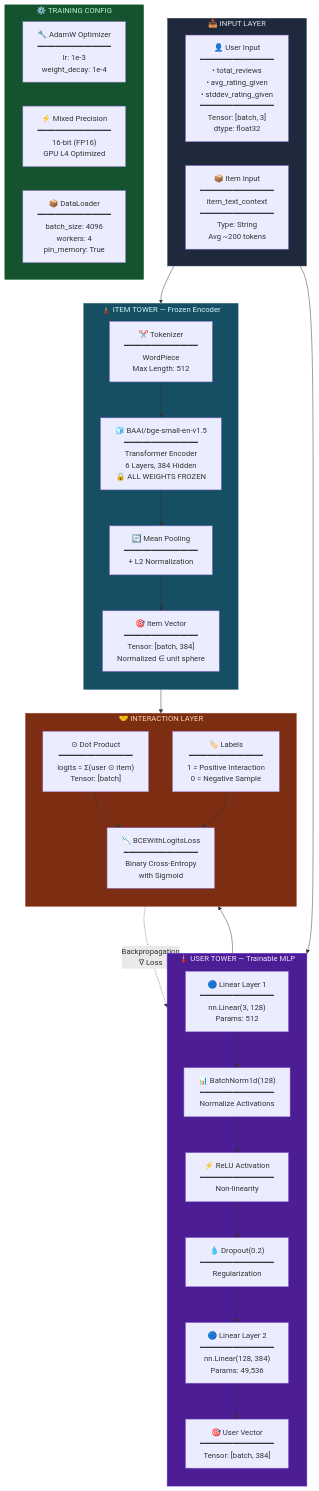
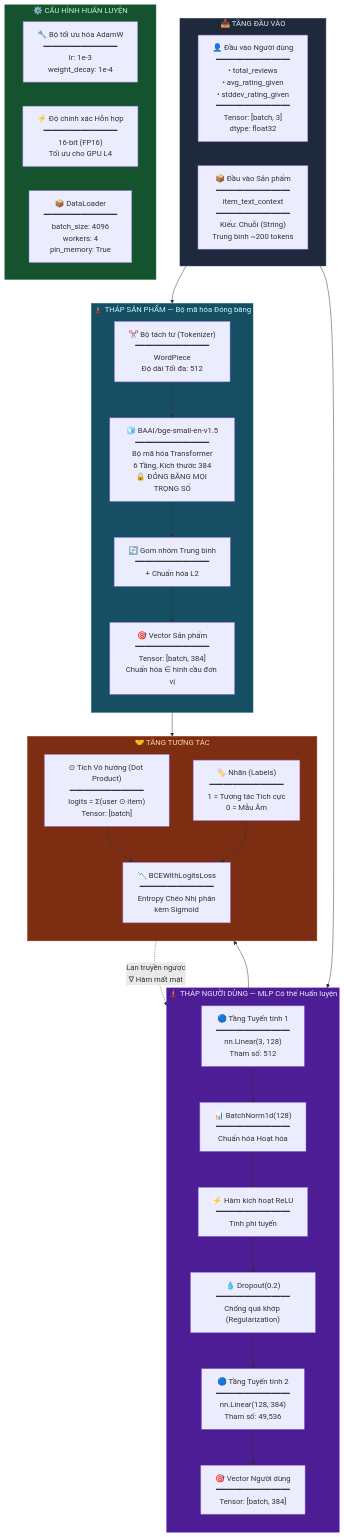
Before and after one commit to DIOquang/mining_massive: the third of 5 diagrams in README.md, drawn with Mermaid. The commit also changed other lines of this file, not shown here.

````diff
--- a/README.md
+++ b/README.md
@@ -229,57 +229,57 @@
 ```mermaid
 graph TB
-    subgraph INPUT_LAYER["📥 INPUT LAYER"]
+    subgraph INPUT_LAYER["📥 TẦNG ĐẦU VÀO"]
         direction LR
-        UI["👤 User Input<br/>━━━━━━━━━━━━━━━━<br/>• total_reviews<br/>• avg_rating_given<br/>• stddev_rating_given<br/>━━━━━━━━━━━━━━━━<br/>Tensor: [batch, 3]<br/>dtype: float32"]
-        II["📦 Item Input<br/>━━━━━━━━━━━━━━━━<br/>item_text_context<br/>━━━━━━━━━━━━━━━━<br/>Type: String<br/>Avg ~200 tokens"]
+        UI["👤 Đầu vào Người dùng<br/>━━━━━━━━━━━━━━━━<br/>• total_reviews<br/>• avg_rating_given<br/>• stddev_rating_given<br/>━━━━━━━━━━━━━━━━<br/>Tensor: [batch, 3]<br/>dtype: float32"]
+        II["📦 Đầu vào Sản phẩm<br/>━━━━━━━━━━━━━━━━<br/>item_text_context<br/>━━━━━━━━━━━━━━━━<br/>Kiểu: Chuỗi (String)<br/>Trung bình ~200 tokens"]
     end
 
-    subgraph USER_TOWER_DETAIL["🗼 USER TOWER — Trainable MLP"]
+    subgraph USER_TOWER_DETAIL["🗼 THÁP NGƯỜI DÙNG — MLP Có thể Huấn luyện"]
         direction TB
-        U_FC1["🔵 Linear Layer 1<br/>━━━━━━━━━━━━━━━━<br/>nn.Linear(3, 128)<br/>Params: 512"]
-        U_BN1["📊 BatchNorm1d(128)<br/>━━━━━━━━━━━━━━━━<br/>Normalize Activations"]
-        U_ACT1["⚡ ReLU Activation<br/>━━━━━━━━━━━━━━━━<br/>Non-linearity"]
-        U_DROP["💧 Dropout(0.2)<br/>━━━━━━━━━━━━━━━━<br/>Regularization"]
-        U_FC2["🔵 Linear Layer 2<br/>━━━━━━━━━━━━━━━━<br/>nn.Linear(128, 384)<br/>Params: 49,536"]
-        U_OUT["🎯 User Vector<br/>━━━━━━━━━━━━━━━━<br/>Tensor: [batch, 384]"]
+        U_FC1["🔵 Tầng Tuyến tính 1<br/>━━━━━━━━━━━━━━━━<br/>nn.Linear(3, 128)<br/>Tham số: 512"]
+        U_BN1["📊 BatchNorm1d(128)<br/>━━━━━━━━━━━━━━━━<br/>Chuẩn hóa Hoạt hóa"]
+        U_ACT1["⚡ Hàm kích hoạt ReLU<br/>━━━━━━━━━━━━━━━━<br/>Tính phi tuyến"]
+        U_DROP["💧 Dropout(0.2)<br/>━━━━━━━━━━━━━━━━<br/>Chống quá khớp (Regularization)"]
+        U_FC2["🔵 Tầng Tuyến tính 2<br/>━━━━━━━━━━━━━━━━<br/>nn.Linear(128, 384)<br/>Tham số: 49,536"]
+        U_OUT["🎯 Vector Người dùng<br/>━━━━━━━━━━━━━━━━<br/>Tensor: [batch, 384]"]
 
         U_FC1 --> U_BN1 --> U_ACT1 --> U_DROP --> U_FC2 --> U_OUT
     end
 
-    subgraph ITEM_TOWER_DETAIL["🗼 ITEM TOWER — Frozen Encoder"]
+    subgraph ITEM_TOWER_DETAIL["🗼 THÁP SẢN PHẨM — Bộ mã hóa Đóng băng"]
         direction TB
-        I_TOK["✂️ Tokenizer<br/>━━━━━━━━━━━━━━━━<br/>WordPiece<br/>Max Length: 512"]
-        I_BERT["🧊 BAAI/bge-small-en-v1.5<br/>━━━━━━━━━━━━━━━━<br/>Transformer Encoder<br/>6 Layers, 384 Hidden<br/>🔒 ALL WEIGHTS FROZEN"]
-        I_POOL["🔄 Mean Pooling<br/>━━━━━━━━━━━━━━━━<br/>+ L2 Normalization"]
-        I_OUT["🎯 Item Vector<br/>━━━━━━━━━━━━━━━━<br/>Tensor: [batch, 384]<br/>Normalized ∈ unit sphere"]
+        I_TOK["✂️ Bộ tách từ (Tokenizer)<br/>━━━━━━━━━━━━━━━━<br/>WordPiece<br/>Độ dài Tối đa: 512"]
+        I_BERT["🧊 BAAI/bge-small-en-v1.5<br/>━━━━━━━━━━━━━━━━<br/>Bộ mã hóa Transformer<br/>6 Tầng, Kích thước 384<br/>🔒 ĐÓNG BĂNG MỌI TRỌNG SỐ"]
+        I_POOL["🔄 Gom nhóm Trung bình<br/>━━━━━━━━━━━━━━━━<br/>+ Chuẩn hóa L2"]
+        I_OUT["🎯 Vector Sản phẩm<br/>━━━━━━━━━━━━━━━━<br/>Tensor: [batch, 384]<br/>Chuẩn hóa ∈ hình cầu đơn vị"]
 
         I_TOK --> I_BERT --> I_POOL --> I_OUT
     end
 
-    subgraph INTERACTION["🤝 INTERACTION LAYER"]
+    subgraph INTERACTION["🤝 TẦNG TƯƠNG TÁC"]
         direction TB
-        DOT["⊙ Dot Product<br/>━━━━━━━━━━━━━━━━<br/>logits = Σ(user ⊙ item)<br/>Tensor: [batch]"]
-        LOSS["📉 BCEWithLogitsLoss<br/>━━━━━━━━━━━━━━━━<br/>Binary Cross-Entropy<br/>with Sigmoid"]
-        LABEL["🏷️ Labels<br/>━━━━━━━━━━━━━━━━<br/>1 = Positive Interaction<br/>0 = Negative Sample"]
+        DOT["⊙ Tích Vô hướng (Dot Product)<br/>━━━━━━━━━━━━━━━━<br/>logits = Σ(user ⊙ item)<br/>Tensor: [batch]"]
+        LOSS["📉 BCEWithLogitsLoss<br/>━━━━━━━━━━━━━━━━<br/>Entropy Chéo Nhị phân<br/>kèm Sigmoid"]
+        LABEL["🏷️ Nhãn (Labels)<br/>━━━━━━━━━━━━━━━━<br/>1 = Tương tác Tích cực<br/>0 = Mẫu Âm"]
     end
 
-    subgraph OPTIMIZER["⚙️ TRAINING CONFIG"]
+    subgraph OPTIMIZER["⚙️ CẤU HÌNH HUẤN LUYỆN"]
         direction LR
-        OPT["🔧 AdamW Optimizer<br/>━━━━━━━━━━━━━━━━<br/>lr: 1e-3<br/>weight_decay: 1e-4"]
-        PREC["⚡ Mixed Precision<br/>━━━━━━━━━━━━━━━━<br/>16-bit (FP16)<br/>GPU L4 Optimized"]
+        OPT["🔧 Bộ tối ưu hóa AdamW<br/>━━━━━━━━━━━━━━━━<br/>lr: 1e-3<br/>weight_decay: 1e-4"]
+        PREC["⚡ Độ chính xác Hỗn hợp<br/>━━━━━━━━━━━━━━━━<br/>16-bit (FP16)<br/>Tối ưu cho GPU L4"]
         BATCH["📦 DataLoader<br/>━━━━━━━━━━━━━━━━<br/>batch_size: 4096<br/>workers: 4<br/>pin_memory: True"]
     end
 
     UI --> U_FC1
     II --> I_TOK
     U_OUT & I_OUT --> DOT
     DOT --> LOSS
     LABEL --> LOSS
-    LOSS -.->|"Backpropagation<br/>∇ Loss"| U_FC1
+    LOSS -.->|"Lan truyền ngược<br/>∇ Hàm mất mát"| U_FC1
 
     style USER_TOWER_DETAIL fill:#4c1d95,stroke:#6d28d9,color:#ede9fe
     style ITEM_TOWER_DETAIL fill:#164e63,stroke:#155e75,color:#cffafe
     style INTERACTION fill:#7c2d12,stroke:#9a3412,color:#fed7aa
     style INPUT_LAYER fill:#1e293b,stroke:#334155,color:#e2e8f0
     style OPTIMIZER fill:#14532d,stroke:#166534,color:#bbf7d0
 ```
````
